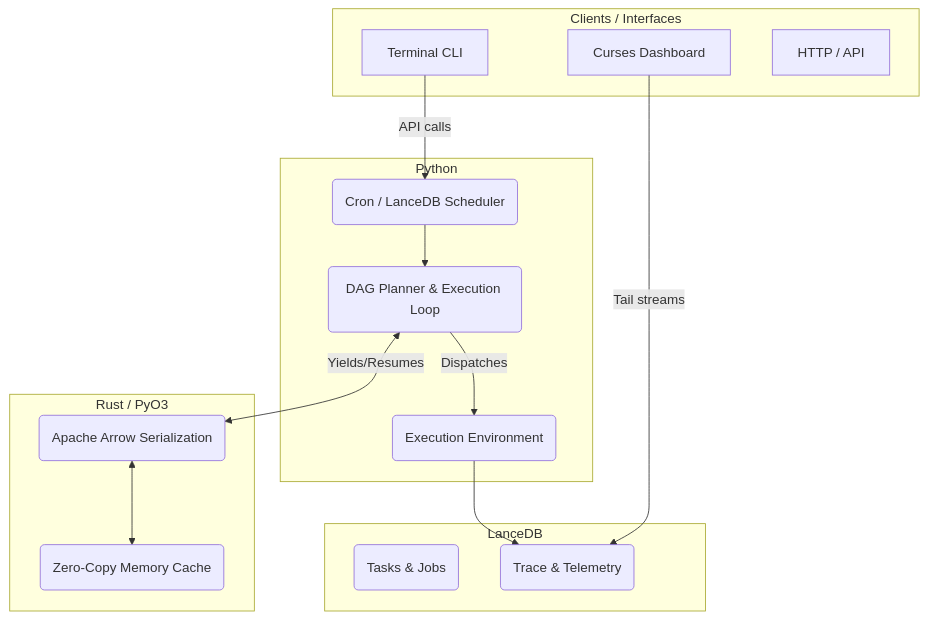
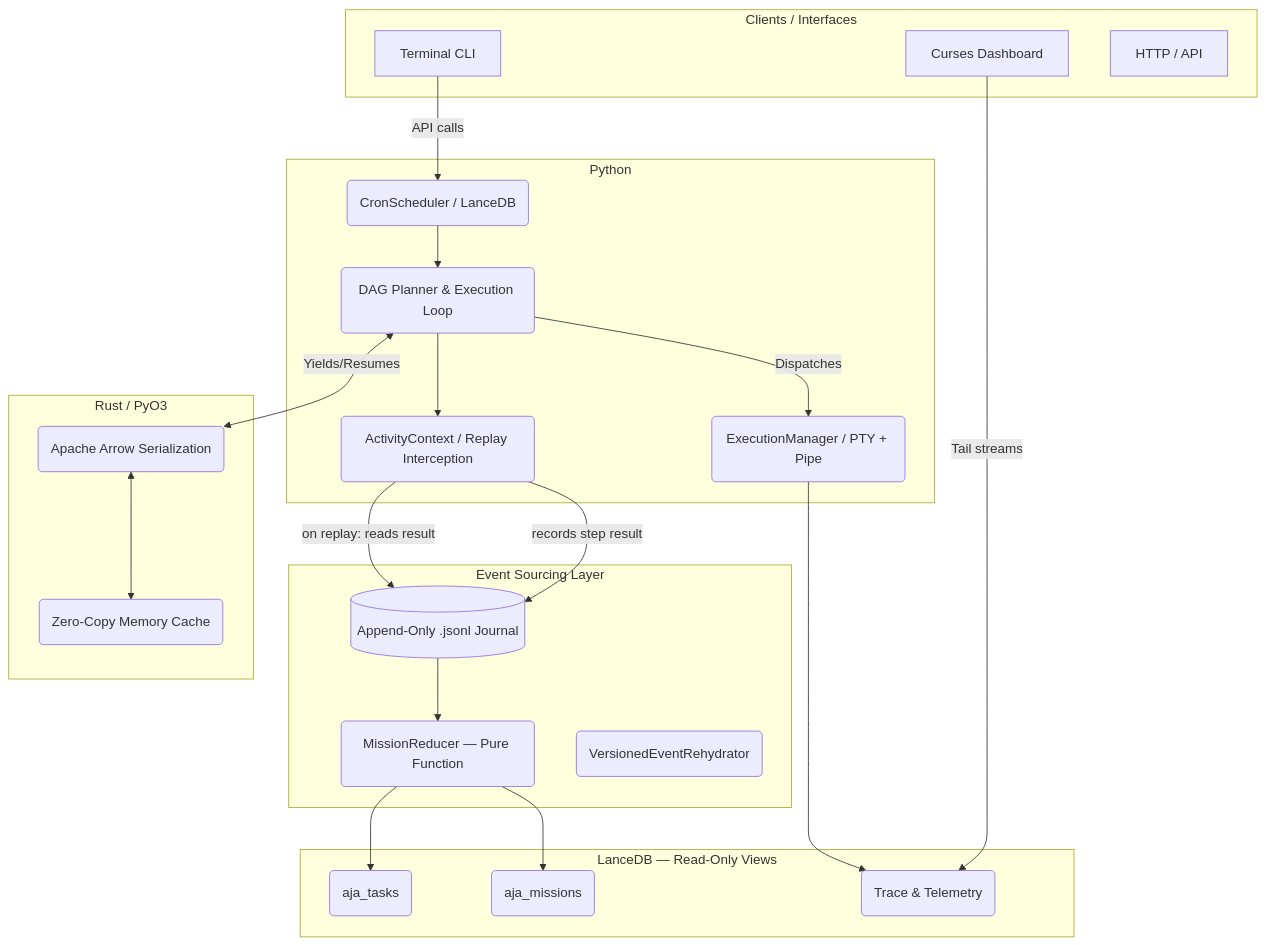
One commit to anixes/AJA changed the diagram in docs/architecture/ARCHITECTURE.md. Above: the diagram before and after it, drawn with Mermaid. The commit also changed other lines of this file and 49 other files, not shown here.

First line of the commit message:
feat: V1 certification — replay-authoritative event-sourced architecture

````diff
--- a/docs/architecture/ARCHITECTURE.md
+++ b/docs/architecture/ARCHITECTURE.md
@@ -9,32 +13,46 @@
 ```mermaid
 graph TD
     subgraph Clients / Interfaces
         CLI[Terminal CLI]
         TUI[Curses Dashboard]
         HTTP[HTTP / API]
     end
 
     subgraph AJA Core Runtime [Python]
-        Scheduler(Cron / LanceDB Scheduler)
+        Scheduler(CronScheduler / LanceDB)
         Orchestrator(DAG Planner & Execution Loop)
-        Sandbox(Execution Environment)
+        ActivityCtx(ActivityContext / Replay Interception)
+        Sandbox(ExecutionManager / PTY + Pipe)
+    end
+
+    subgraph Event Sourcing Layer
+        Journal[(Append-Only .jsonl Journal)]
+        Reducer(MissionReducer — Pure Function)
+        Rehydrator(VersionedEventRehydrator)
+    end
+
+    subgraph Projections [LanceDB — Read-Only Views]
+        TaskStore(aja_tasks)
+        MissionStore(aja_missions)
+        EventSink(Trace & Telemetry)
     end
 
     subgraph Native IPC [Rust / PyO3]
         Arrow(Apache Arrow Serialization)
         BatonStore(Zero-Copy Memory Cache)
     end
 
-    subgraph Persistence [LanceDB]
-        TaskStore(Tasks & Jobs)
-        EventSink(Trace & Telemetry)
-    end
-
     CLI --> |API calls| Scheduler
     TUI --> |Tail streams| EventSink
     Scheduler --> Orchestrator
+    Orchestrator --> ActivityCtx
+    ActivityCtx --> |records step result| Journal
+    ActivityCtx --> |on replay: reads result| Journal
+    Journal --> Reducer
+    Reducer --> TaskStore
+    Reducer --> MissionStore
     Orchestrator <--> |Yields/Resumes| Arrow
     Arrow <--> BatonStore
     Orchestrator --> |Dispatches| Sandbox
     Sandbox --> EventSink
 ```
````
